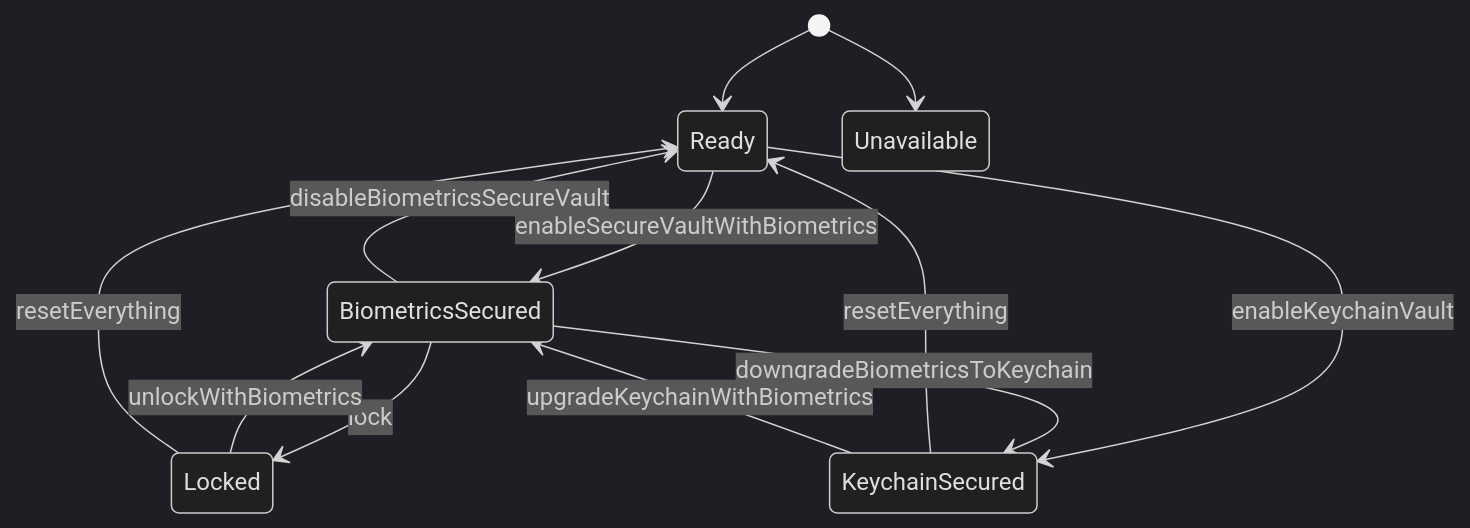
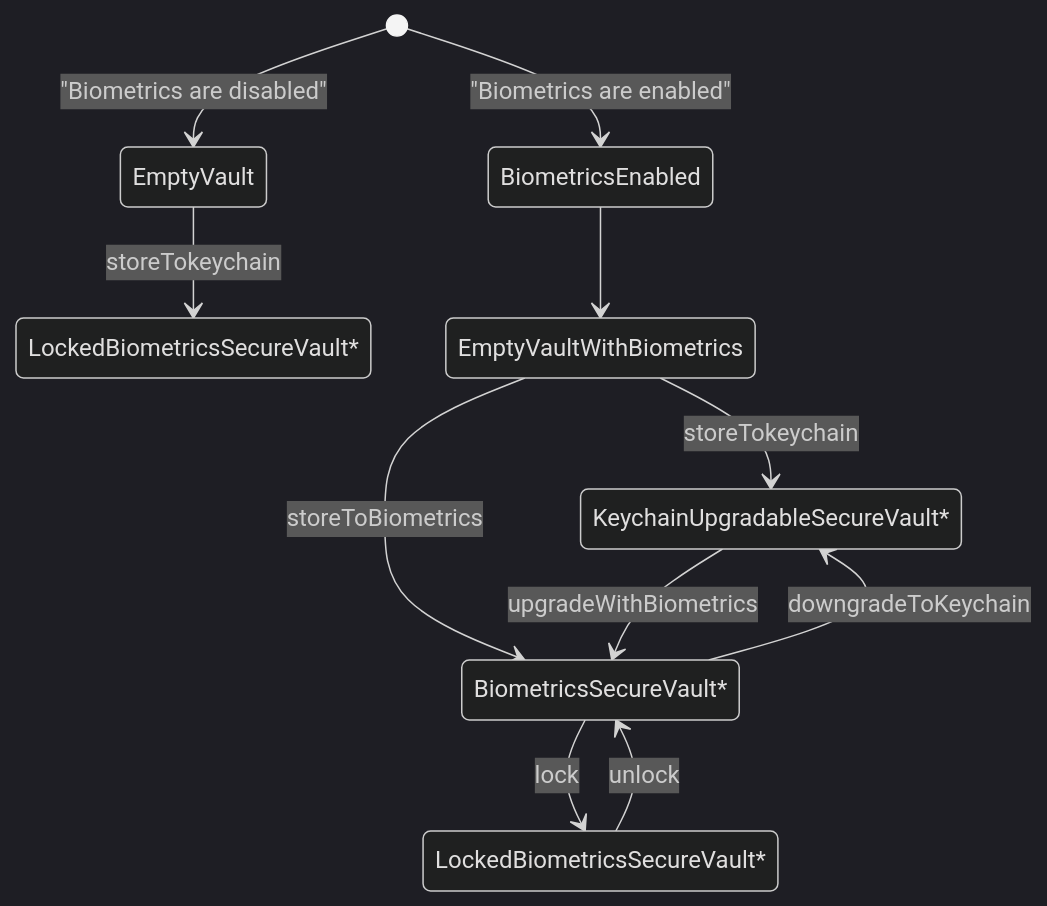
Before and after one commit to ariskox/BiometricsVault: the diagram in README.md, drawn with Mermaid (dark theme). The commit also changed other lines of this file and 1 other file, not shown here.

Commit message:
Updated documentation. Added reauthenticate owner to biometrics lock

````diff
--- a/README.md
+++ b/README.md
@@ -149,14 +148,19 @@
 ```mermaid
 stateDiagram-v2
-    [*] --> Ready
-    [*] --> Unavailable
-    Ready --> ΒiometricsSecured: enableSecureVaultWithBiometrics
-    ΒiometricsSecured --> Locked: lock
-    Locked --> ΒiometricsSecured: unlockWithBiometrics
-    Ready --> KeychainSecured: enableKeychainVault
-    KeychainSecured --> Ready: resetEverything
-    ΒiometricsSecured --> Ready: disableBiometricsSecureVault
-    ΒiometricsSecured --> KeychainSecured: downgradeBiometricsToKeychain
-    KeychainSecured --> ΒiometricsSecured: upgradeKeychainWithBiometrics
-    Locked --> Ready: resetEverything
+    KeychainUpgradableSecureVault: KeychainUpgradableSecureVault*
+    BiometricsSecureVault: BiometricsSecureVault*
+    LockedBiometricsSecureVault: LockedBiometricsSecureVault*
+    KeychainSecureVault: LockedBiometricsSecureVault*
+
+    [*] --> EmptyVault: "Biometrics are disabled"
+    [*] --> BiometricsEnabled: "Biometrics are enabled"
+    EmptyVault --> KeychainSecureVault: storeTokeychain
+
+    BiometricsEnabled --> EmptyVaultWithBiometrics
+    EmptyVaultWithBiometrics --> KeychainUpgradableSecureVault: storeTokeychain
+    EmptyVaultWithBiometrics --> BiometricsSecureVault: storeToBiometrics
+    KeychainUpgradableSecureVault --> BiometricsSecureVault: upgradeWithBiometrics
+    BiometricsSecureVault --> KeychainUpgradableSecureVault: downgradeToKeychain
+    BiometricsSecureVault --> LockedBiometricsSecureVault: lock
+    LockedBiometricsSecureVault --> BiometricsSecureVault: unlock
 ```
````
